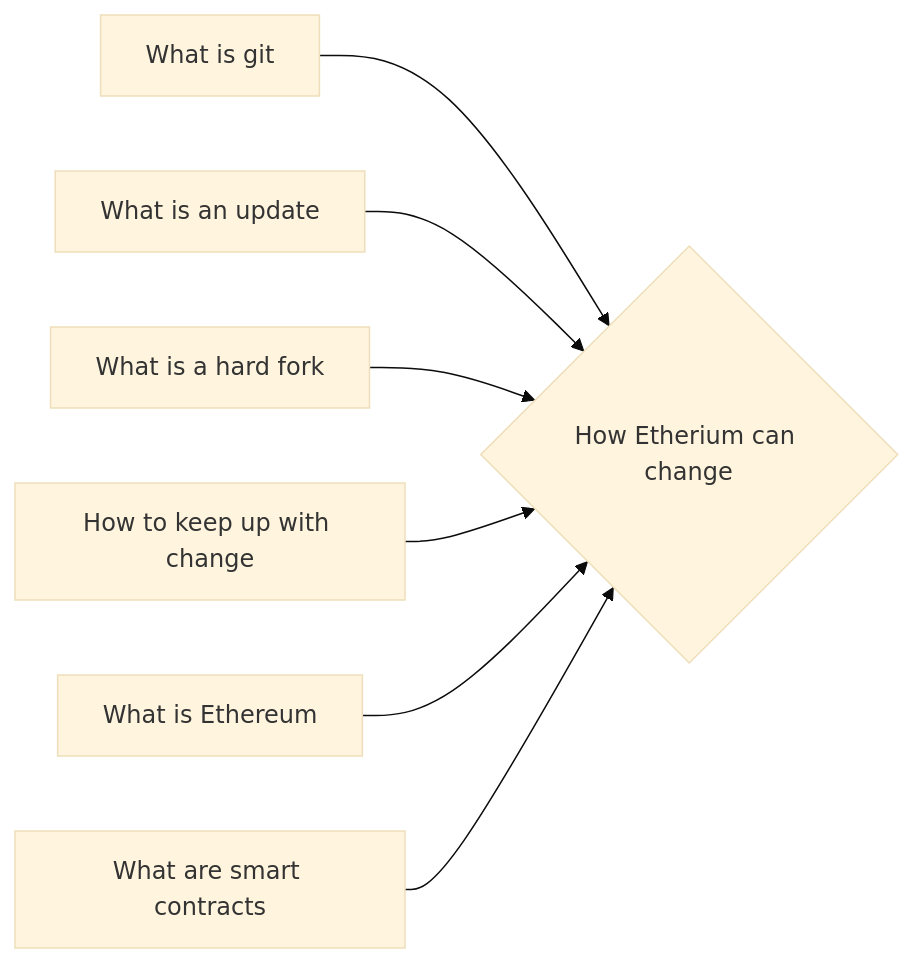
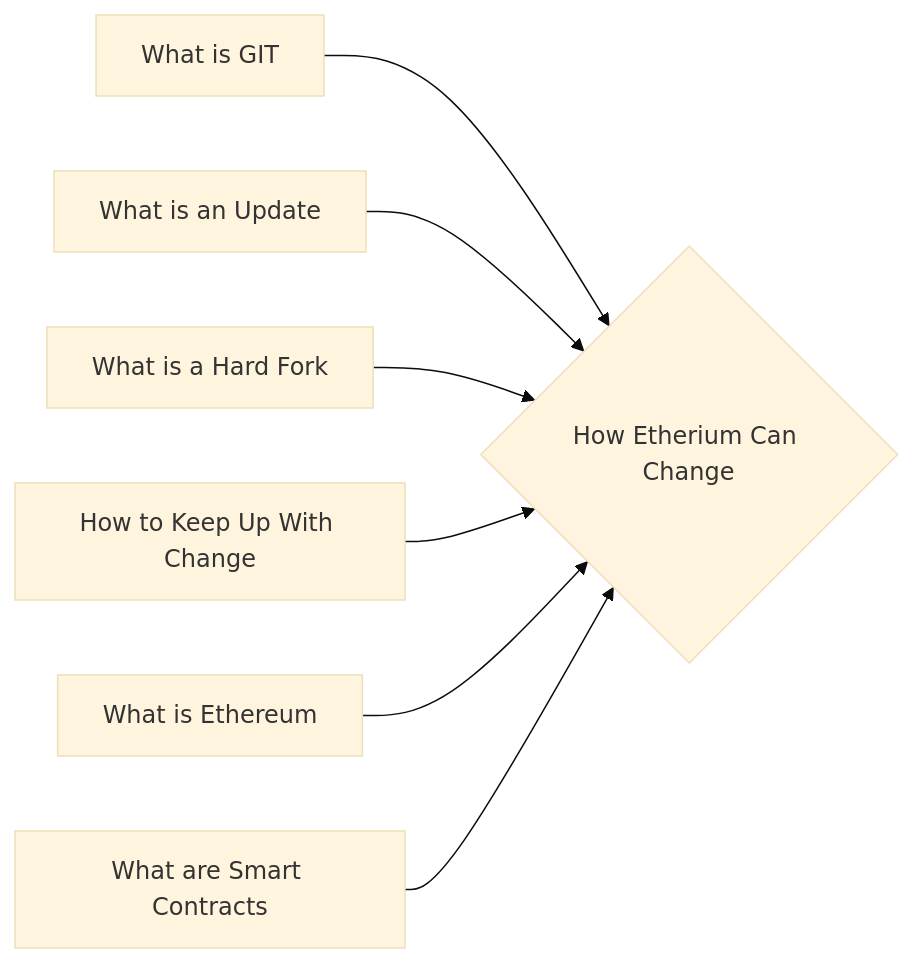
One commit to lpurdy01/crypto-knowledge-map changed the diagram in notes/How_Etherium_Can_Change.md. Above: the diagram before and after it, drawn with Mermaid (base theme). The commit also changed 50 other files, not shown here.

````diff
--- a/notes/How_Etherium_Can_Change.md
+++ b/notes/How_Etherium_Can_Change.md
@@ -21,9 +21,9 @@
 ```mermaid
 graph LR
-1["What is git"]-->0{"How Etherium can change"}
-2["What is an update"]-->0{"How Etherium can change"}
-3["What is a hard fork"]-->0{"How Etherium can change"}
-4["How to keep up with change"]-->0{"How Etherium can change"}
-5["What is Ethereum"]-->0{"How Etherium can change"}
-6["What are smart contracts"]-->0{"How Etherium can change"}
+1["What is GIT"]-->0{"How Etherium Can Change"}
+2["What is an Update"]-->0{"How Etherium Can Change"}
+3["What is a Hard Fork"]-->0{"How Etherium Can Change"}
+4["How to Keep Up With Change"]-->0{"How Etherium Can Change"}
+5["What is Ethereum"]-->0{"How Etherium Can Change"}
+6["What are Smart Contracts"]-->0{"How Etherium Can Change"}
 ```
````
